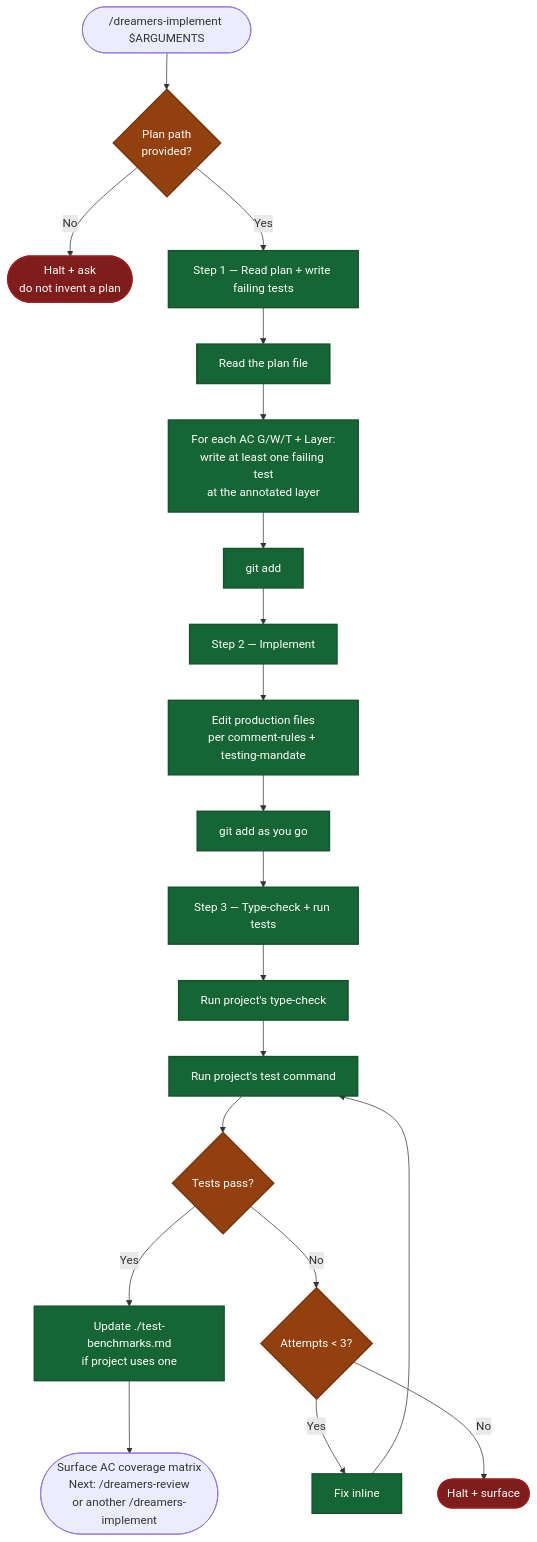
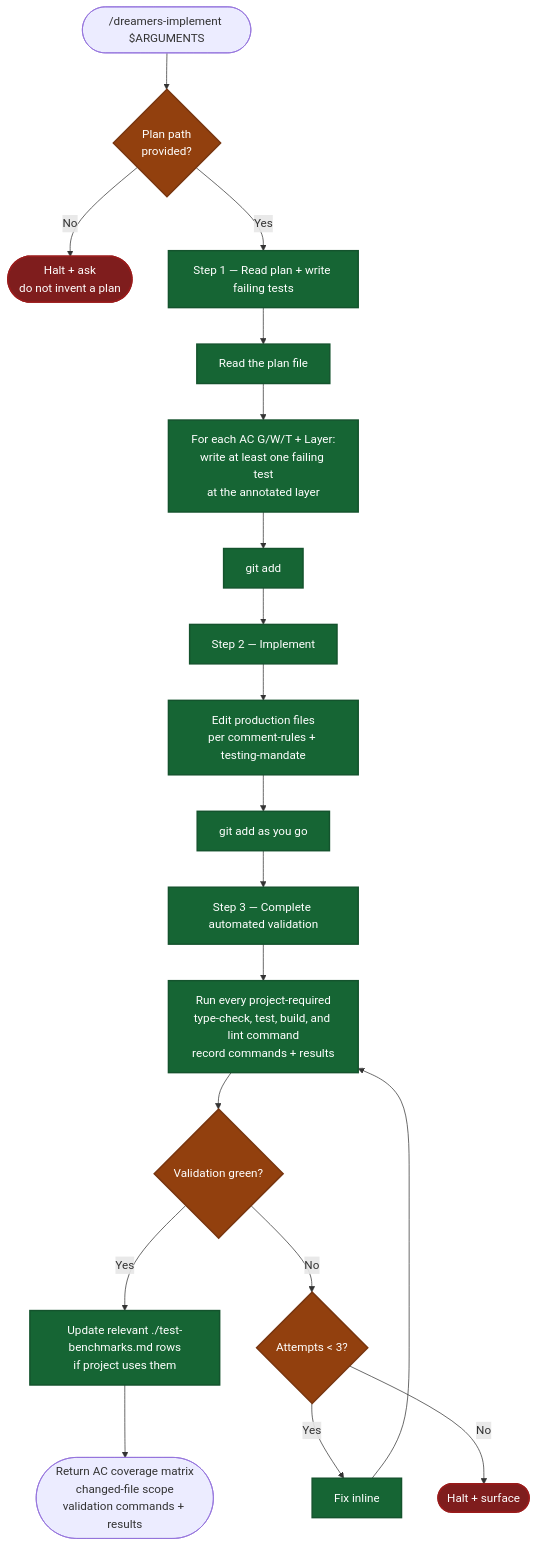
Before and after one commit to mrStorrs/dreamers-copilot: the diagram in .github/skills/dreamers-implement/readme.md, drawn with Mermaid. The commit also changed other lines of this file and 13 other files, not shown here.

````diff
--- a/.github/skills/dreamers-implement/readme.md
+++ b/.github/skills/dreamers-implement/readme.md
@@ -5,33 +5,32 @@
 ```mermaid
 flowchart TD
     Start(["/dreamers-implement $ARGUMENTS"]) --> ArgCheck{"Plan path<br/>provided?"}
     ArgCheck -->|No| HaltA(["Halt + ask<br/>do not invent a plan"])
     ArgCheck -->|Yes| S1
 
     S1["Step 1 — Read plan + write failing tests"] --> ReadPlan["Read the plan file"]
     ReadPlan --> WriteTests["For each AC G/W/T + Layer:<br/>write at least one failing test<br/>at the annotated layer"]
     WriteTests --> Stage1["git add"]
     Stage1 --> S2
 
     S2["Step 2 — Implement"] --> EditFiles["Edit production files<br/>per comment-rules + testing-mandate"]
     EditFiles --> Stage2["git add as you go"]
     Stage2 --> S3
 
-    S3["Step 3 — Type-check + run tests"] --> TypeCheck["Run project's type-check"]
-    TypeCheck --> RunTests["Run project's test command"]
-    RunTests --> TestResult{"Tests pass?"}
-    TestResult -->|Yes| Benchmarks["Update ./test-benchmarks.md<br/>if project uses one"]
+    S3["Step 3 — Complete automated validation"] --> Validate["Run every project-required<br/>type-check, test, build, and lint command<br/>record commands + results"]
+    Validate --> TestResult{"Validation green?"}
+    TestResult -->|Yes| Benchmarks["Update relevant ./test-benchmarks.md rows<br/>if project uses them"]
     TestResult -->|No| AttemptCheck{"Attempts < 3?"}
     AttemptCheck -->|Yes| FixInline["Fix inline"]
-    FixInline --> RunTests
+    FixInline --> Validate
     AttemptCheck -->|No| HaltB(["Halt + surface"])
-    Benchmarks --> End(["Surface AC coverage matrix<br/>Next: /dreamers-review<br/>or another /dreamers-implement"])
+    Benchmarks --> End(["Return AC coverage matrix<br/>changed-file scope<br/>validation commands + results"])
 
     classDef gate fill:#92400e,stroke:#78350f,stroke-width:2px,color:#fff
     classDef halt fill:#7f1d1d,stroke:#991b1b,stroke-width:2px,color:#fff
     classDef phase fill:#166534,stroke:#14532d,stroke-width:2px,color:#fff
 
     class ArgCheck,TestResult,AttemptCheck gate
     class HaltA,HaltB halt
-    class S1,S2,S3,ReadPlan,WriteTests,Stage1,EditFiles,Stage2,TypeCheck,RunTests,FixInline,Benchmarks phase
+    class S1,S2,S3,ReadPlan,WriteTests,Stage1,EditFiles,Stage2,Validate,FixInline,Benchmarks phase
 ```
````
